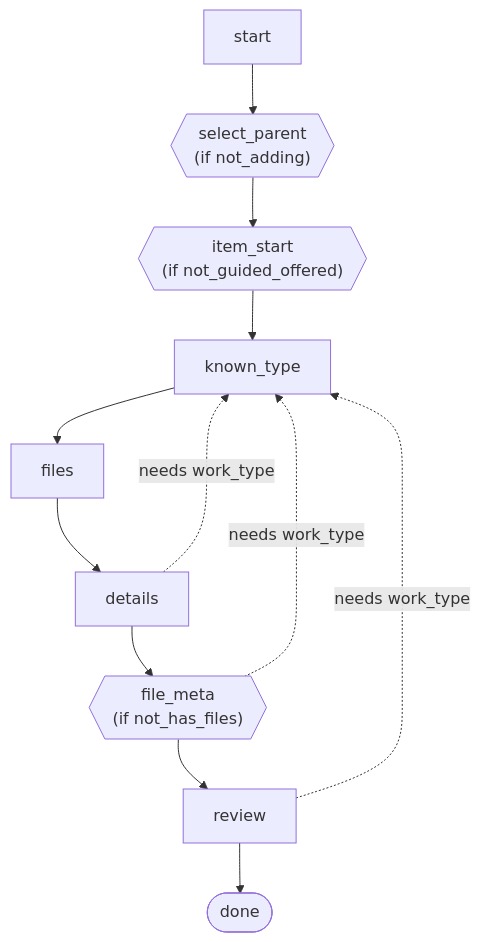
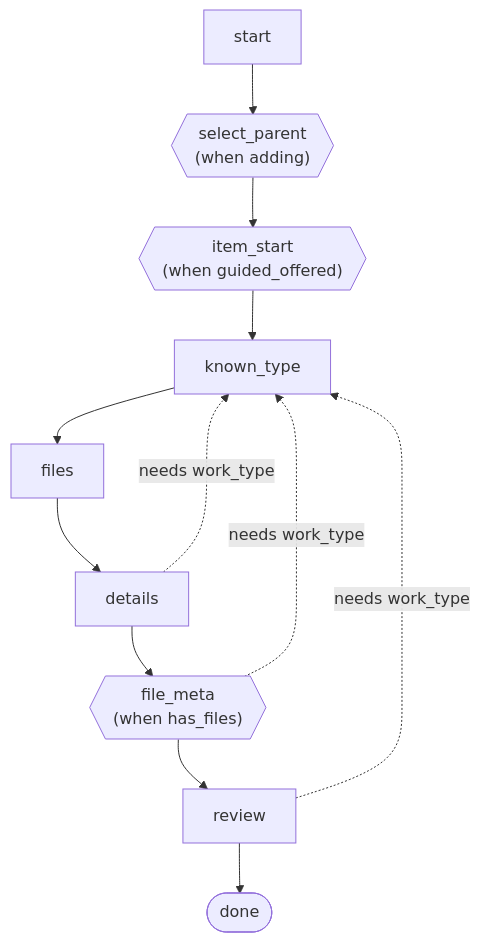
Before and after one commit to laritakr/flow_wizard: the second of 3 diagrams in README.md, drawn with Mermaid. The commit also changed other lines of this file and 6 other files, not shown here.

First line of the commit message:
Show flows as real paths in the diagram

````diff
--- a/README.md
+++ b/README.md
@@ -108,23 +122,23 @@
 ```mermaid
 flowchart TD
   start["start"]
-  select_parent{{"select_parent<br/>(if not_adding)"}}
-  item_start{{"item_start<br/>(if not_guided_offered)"}}
+  select_parent{{"select_parent<br/>(when adding)"}}
+  item_start{{"item_start<br/>(when guided_offered)"}}
   known_type["known_type"]
   files["files"]
   details["details"]
-  file_meta{{"file_meta<br/>(if not_has_files)"}}
+  file_meta{{"file_meta<br/>(when has_files)"}}
   review["review"]
   done(["done"])
   start --> select_parent
   select_parent --> item_start
   item_start --> known_type
   known_type --> files
   files --> details
   details --> file_meta
   file_meta --> review
   review --> done
   details -. needs work_type .-> known_type
   file_meta -. needs work_type .-> known_type
   review -. needs work_type .-> known_type
 ```
````
